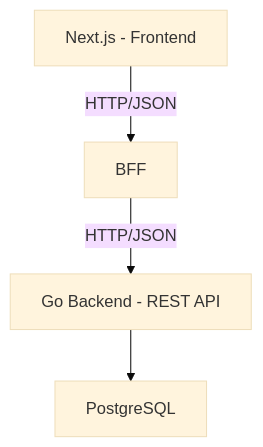
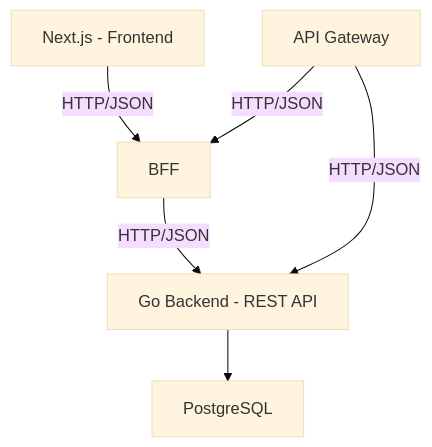
The diagram in readme.md (joaopdmota/sub-watch), drawn with Mermaid (base theme) before and after one commit. The commit also changed other lines of this file and 1 other file, not shown here.

Commit message:
add api-gateway

````diff
--- a/readme.md
+++ b/readme.md
@@ -55,6 +55,8 @@
 ```mermaid
 graph TD
     A[Next.js - Frontend] -->|HTTP/JSON| B[BFF]
     B -->|HTTP/JSON| C[Go Backend - REST API]
     C --> D[PostgreSQL]
+    E[API Gateway] -->|HTTP/JSON| B
+    E -->|HTTP/JSON| C
 ```
````
